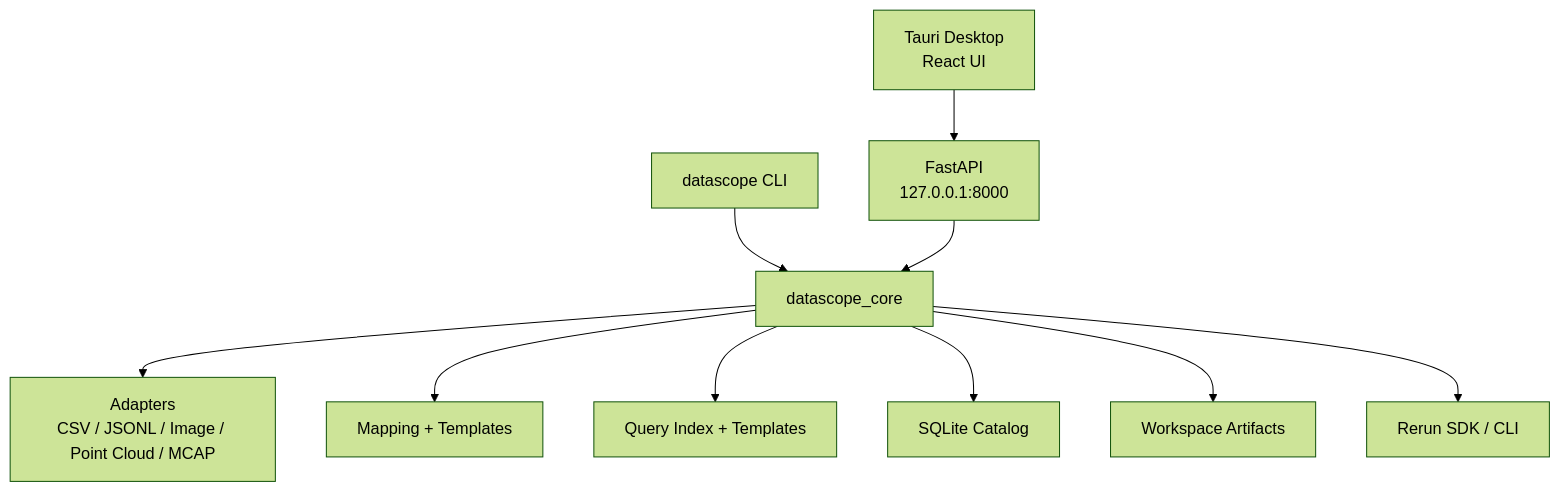
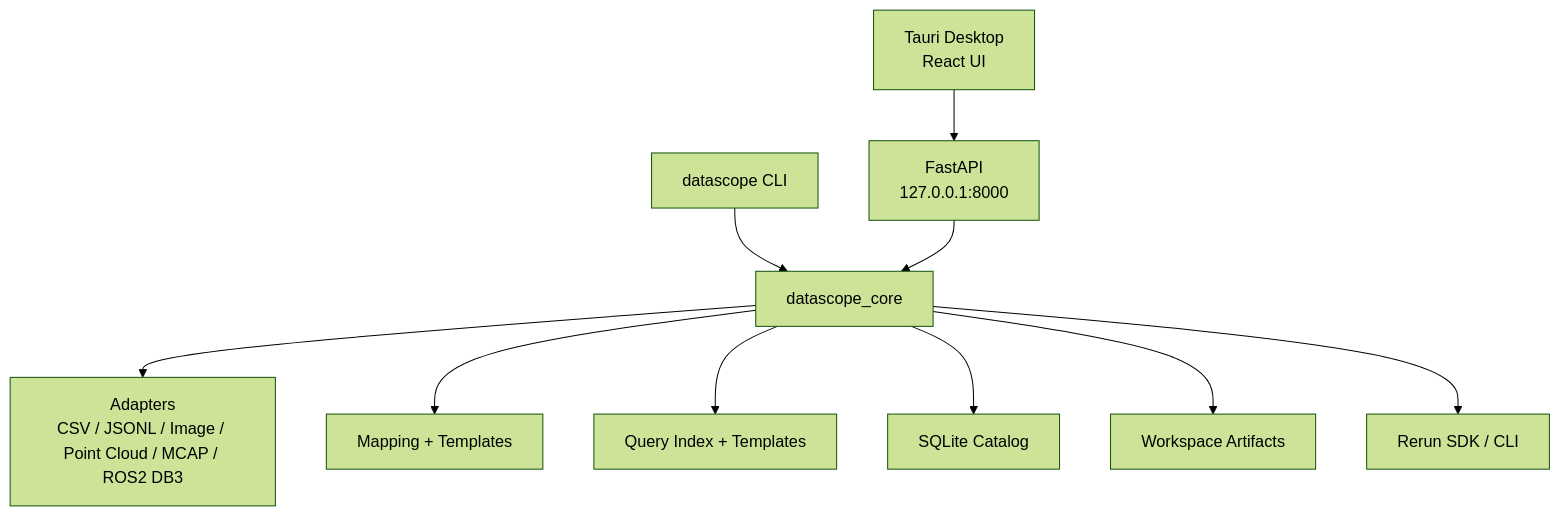
The diagram in docs/architecture/README.md (MzKyle/DataScope-Studio), drawn with Mermaid (forest theme) before and after one commit. The commit also changed other lines of this file and 44 other files, not shown here.

````diff
--- a/docs/architecture/README.md
+++ b/docs/architecture/README.md
@@ -5,12 +5,12 @@
 ```mermaid
 graph TB
     DESK["Tauri Desktop<br/>React UI"] --> HTTP["FastAPI<br/>127.0.0.1:8000"]
     CLI["datascope CLI"] --> CORE["datascope_core"]
     HTTP --> CORE
-    CORE --> ADAPTERS["Adapters<br/>CSV / JSONL / Image / Point Cloud / MCAP"]
+    CORE --> ADAPTERS["Adapters<br/>CSV / JSONL / Image / Point Cloud / MCAP / ROS2 DB3"]
     CORE --> MAP["Mapping + Templates"]
     CORE --> QUERY["Query Index + Templates"]
     CORE --> DB["SQLite Catalog"]
     CORE --> FILES["Workspace Artifacts"]
     CORE --> RR["Rerun SDK / CLI"]
 ```
````
